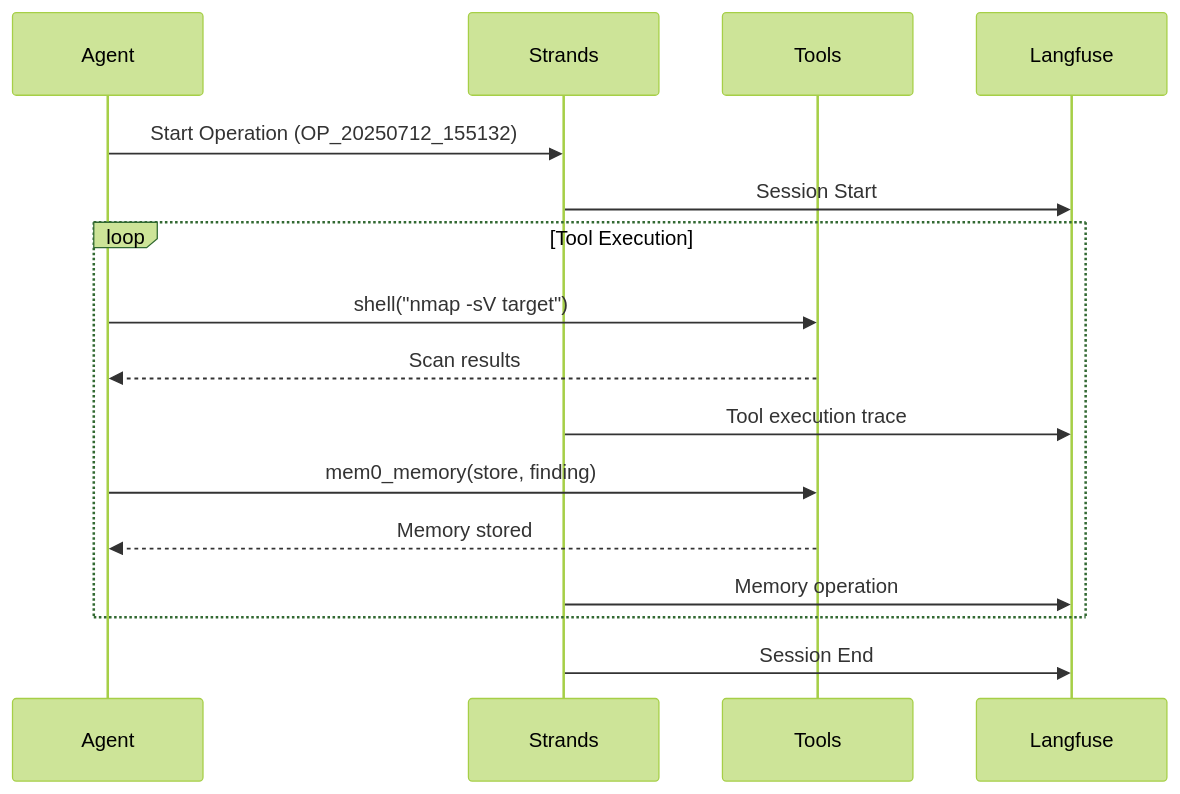
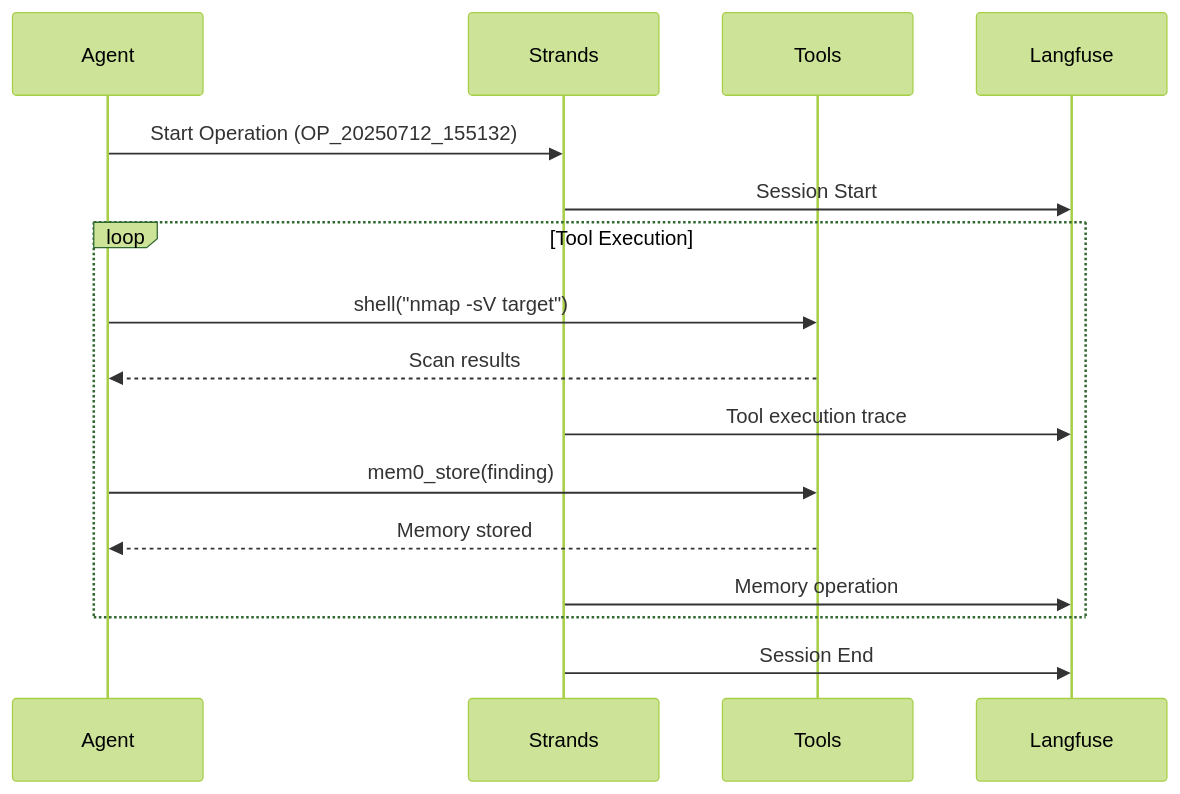
Before and after one commit to double16/Cyber-AutoAgent: the third of 3 diagrams in docs/observability-evaluation.md, drawn with Mermaid (forest theme). The commit also changed 58 other files, not shown here.

First line of the commit message:
Refactor mem0_memory actions into individual tools.

````diff
--- a/docs/observability-evaluation.md
+++ b/docs/observability-evaluation.md
@@ -49,22 +49,22 @@
 ```mermaid
 sequenceDiagram
     participant Agent
     participant Strands
     participant Tools
     participant Langfuse
     
     Agent->>Strands: Start Operation (OP_20250712_155132)
     Strands->>Langfuse: Session Start
     
     loop Tool Execution
         Agent->>Tools: shell("nmap -sV target")
         Tools-->>Agent: Scan results
         Strands->>Langfuse: Tool execution trace
         
-        Agent->>Tools: mem0_memory(store, finding)
+        Agent->>Tools: mem0_store(finding)
         Tools-->>Agent: Memory stored
         Strands->>Langfuse: Memory operation
     end
     
     Strands->>Langfuse: Session End
 ```
````
